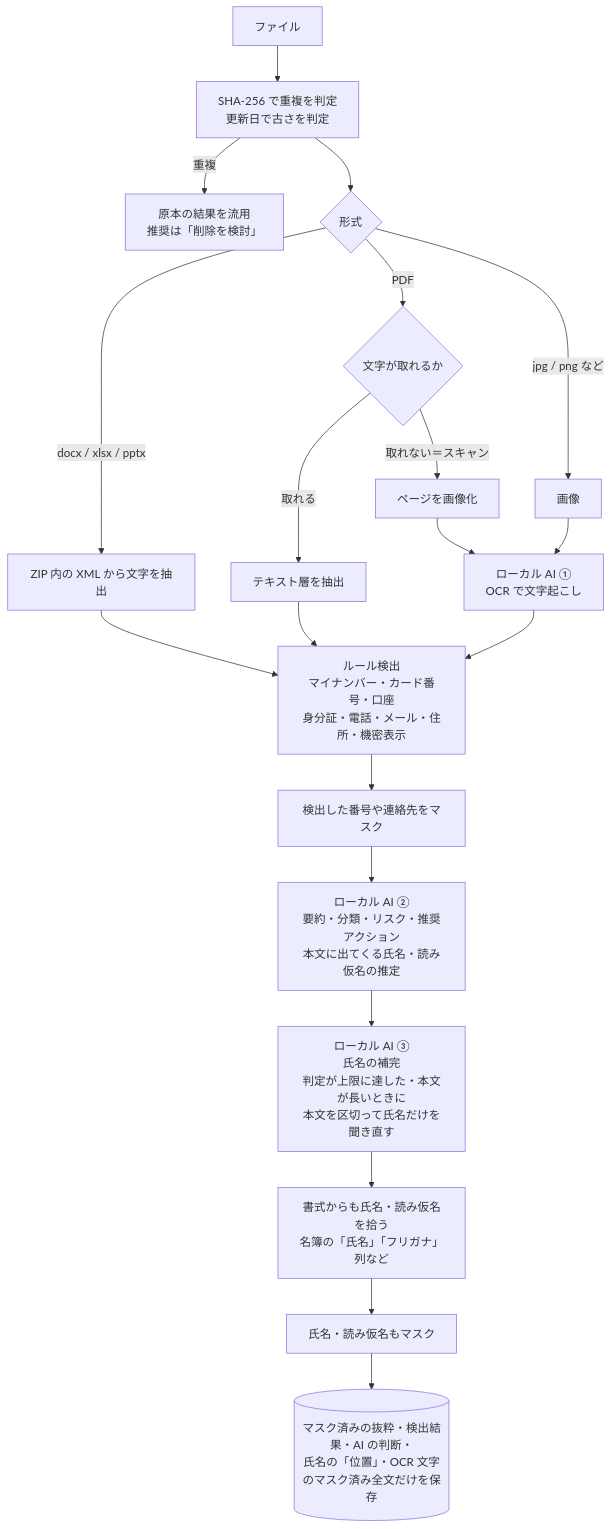
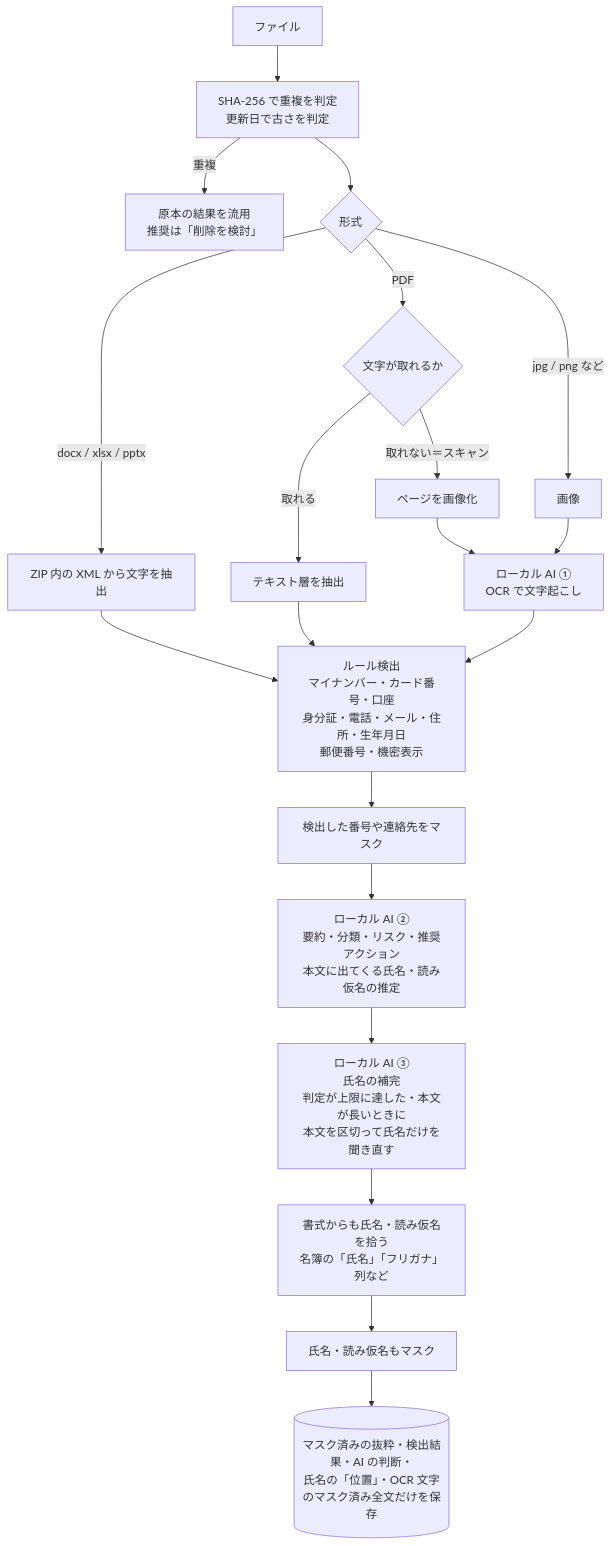
The second of 2 diagrams in README.md (Takashi-Matsumura/filechecker-demo), drawn with Mermaid before and after one commit. The commit also changed other lines of this file, not shown here.

````diff
--- a/README.md
+++ b/README.md
@@ -89,22 +89,22 @@
 ```mermaid
 flowchart TD
   A[ファイル] --> H[SHA-256 で重複を判定<br/>更新日で古さを判定]
   H -->|重複| R[原本の結果を流用<br/>推奨は「削除を検討」]
   H --> E{形式}
   E -->|docx / xlsx / pptx| O[ZIP 内の XML から文字を抽出]
   E -->|PDF| P{文字が取れるか}
   P -->|取れる| PT[テキスト層を抽出]
   P -->|取れない＝スキャン| PI[ページを画像化]
   E -->|jpg / png など| IM[画像]
   PI --> OCR[ローカル AI ①<br/>OCR で文字起こし]
   IM --> OCR
   O --> RULE
   PT --> RULE
-  OCR --> RULE[ルール検出<br/>マイナンバー・カード番号・口座<br/>身分証・電話・メール・住所・機密表示]
+  OCR --> RULE[ルール検出<br/>マイナンバー・カード番号・口座<br/>身分証・電話・メール・住所・生年月日<br/>郵便番号・機密表示]
   RULE --> MASK1[検出した番号や連絡先をマスク]
   MASK1 --> AI[ローカル AI ②<br/>要約・分類・リスク・推奨アクション<br/>本文に出てくる氏名・読み仮名の推定]
   AI --> MORE[ローカル AI ③<br/>氏名の補完<br/>判定が上限に達した・本文が長いときに<br/>本文を区切って氏名だけを聞き直す]
   MORE --> NAMES[書式からも氏名・読み仮名を拾う<br/>名簿の「氏名」「フリガナ」列など]
   NAMES --> MASK2[氏名・読み仮名もマスク]
   MASK2 --> DB[(マスク済みの抜粋・検出結果・AI の判断・<br/>氏名の「位置」・OCR 文字のマスク済み全文だけを保存)]
 ```
````
